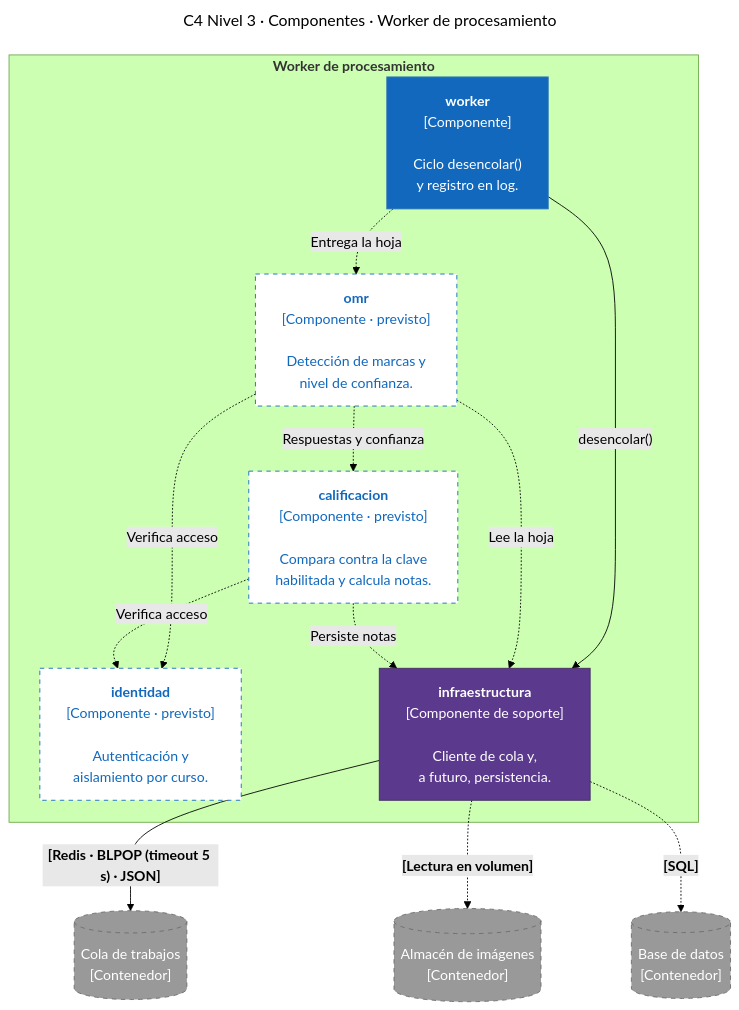
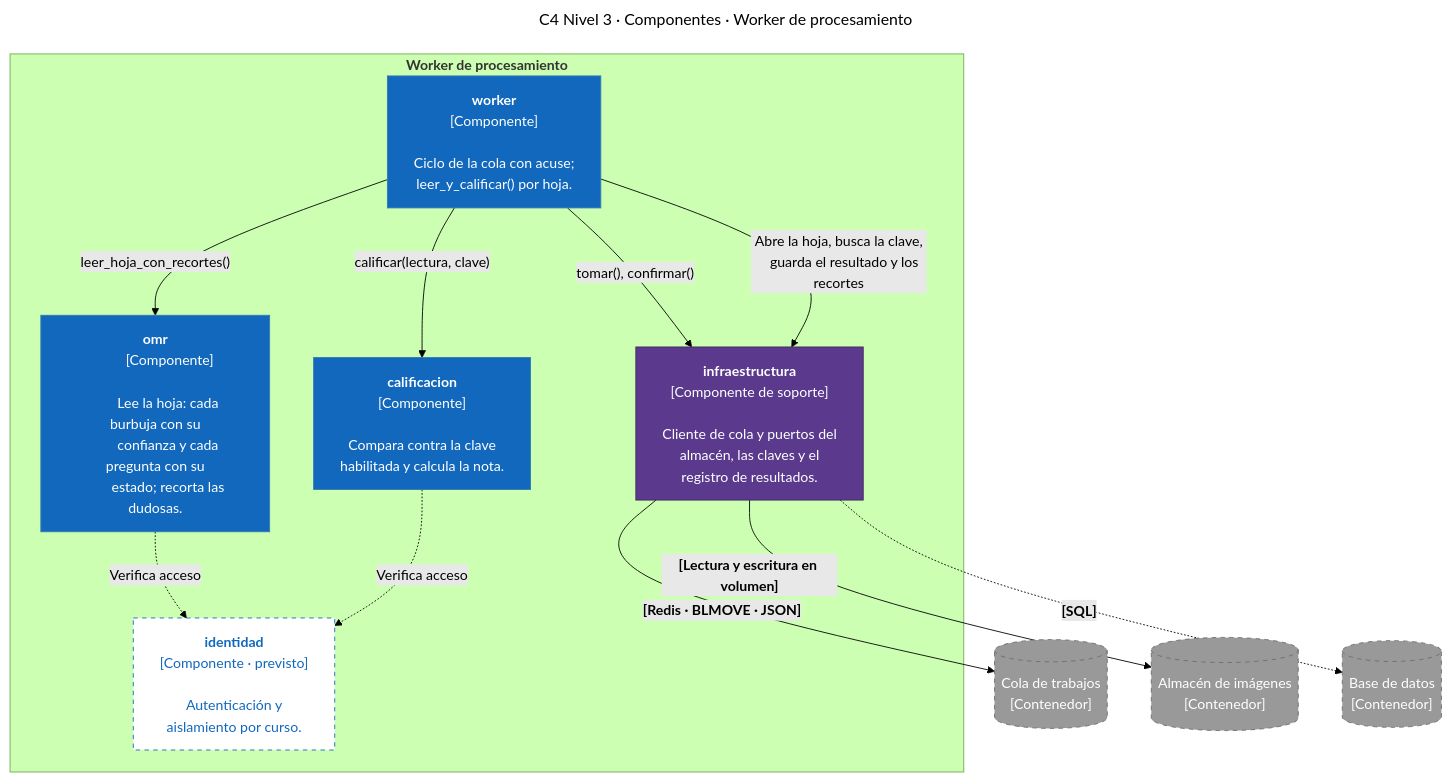
One commit to ISCOUTB/AS_202620_Sistema-de-calificacion-automatica changed the fourth of 4 diagrams in docs/c4/doc-c4.md. Above: the diagram before and after it, drawn with Mermaid (forest theme). The commit also changed other lines of this file, not shown here.

First line of the commit message:
docs(c4): construir la relación de la lectura y leer las notas desde la aplicación

````diff
--- a/docs/c4/doc-c4.md
+++ b/docs/c4/doc-c4.md
@@ -488,65 +515,67 @@
 ```mermaid
 ---
 title: "C4 Nivel 3 · Componentes · Worker de procesamiento"
 ---
 flowchart TB
     subgraph worker["<b>Worker de procesamiento</b>"]
         ciclo["<b>worker</b>
         [Componente]
 
-        Ciclo desencolar()
-        y registro en log."]
+        Ciclo de la cola con acuse;
+        leer_y_calificar() por hoja."]
 
         omr["<b>omr</b>
-        [Componente · previsto]
+        [Componente]
 
-        Detección de marcas y
-        nivel de confianza."]
+        Lee la hoja: cada burbuja con su
+        confianza y cada pregunta con su
+        estado; recorta las dudosas."]
 
         calificacion["<b>calificacion</b>
-        [Componente · previsto]
+        [Componente]
 
         Compara contra la clave
-        habilitada y calcula notas."]
+        habilitada y calcula la nota."]
 
         identidad2["<b>identidad</b>
         [Componente · previsto]
 
         Autenticación y
         aislamiento por curso."]
 
         infraestructura2["<b>infraestructura</b>
         [Componente de soporte]
 
-        Cliente de cola y,
-        a futuro, persistencia."]
+        Cliente de cola y puertos del
+        almacén, las claves y el
+        registro de resultados."]
     end
 
     cola2[("Cola de trabajos
     [Contenedor]")]
     imagenes2[("Almacén de imágenes
     [Contenedor]")]
     db2[("Base de datos
     [Contenedor]")]
 
-    ciclo -->|"desencolar()"| infraestructura2
-    infraestructura2 -->|"<b>[Redis · BLPOP (timeout 5 s) · JSON]</b>"| cola2
-    ciclo -.->|"Entrega la hoja"| omr
-    omr -.->|"Respuestas y confianza"| calificacion
+    ciclo -->|"tomar(), confirmar()"| infraestructura2
+    infraestructura2 -->|"<b>[Redis · BLMOVE · JSON]</b>"| cola2
+    ciclo -->|"leer_hoja_con_recortes()"| omr
+    ciclo -->|"calificar(lectura, clave)"| calificacion
+    ciclo -->|"Abre la hoja, busca la clave,
+    guarda el resultado y los recortes"| infraestructura2
     omr -.->|"Verifica acceso"| identidad2
     calificacion -.->|"Verifica acceso"| identidad2
-    omr -.->|"Lee la hoja"| infraestructura2
-    calificacion -.->|"Persiste notas"| infraestructura2
-    infraestructura2 -.->|"<b>[Lectura en volumen]</b>"| imagenes2
+    infraestructura2 -->|"<b>[Lectura y escritura en volumen]</b>"| imagenes2
     infraestructura2 -.->|"<b>[SQL]</b>"| db2
 
     classDef component fill:#1168BD,stroke:#3379B7,color:#ffffff
     classDef previsto fill:#ffffff,stroke:#1168BD,color:#1168BD,stroke-dasharray: 5 5
     classDef soporte fill:#5B3A8E,stroke:#42295F,color:#ffffff
     classDef external fill:#999999,stroke:#6B6B6B,color:#ffffff,stroke-dasharray: 5 5
 
-    class ciclo component
-    class omr,calificacion,identidad2 previsto
+    class ciclo,omr,calificacion component
+    class identidad2 previsto
     class infraestructura2 soporte
     class cola2,imagenes2,db2 external
 ```
````
